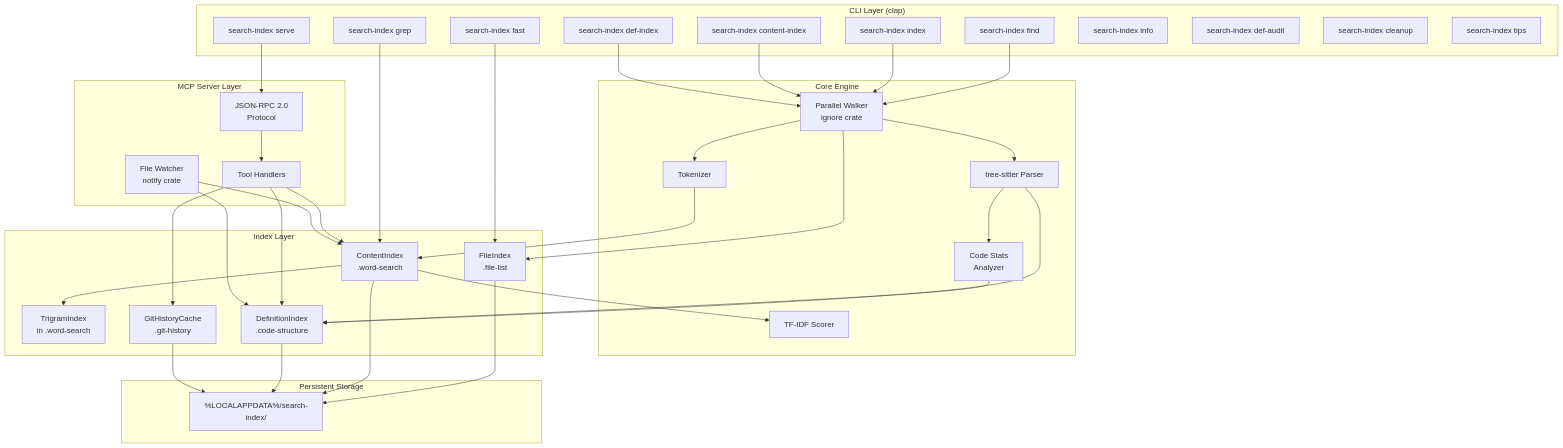
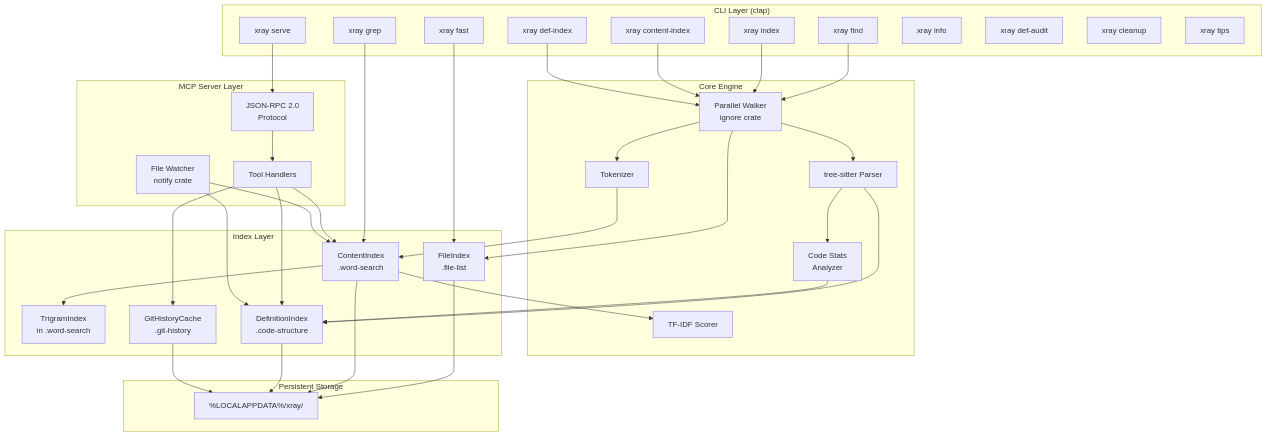
One commit to pustynsky/xray changed the first of 9 diagrams in docs/architecture.md. Above: the diagram before and after it, drawn with Mermaid. The commit also changed other lines of this file and 67 other files, not shown here.

Commit message:
rename MCP tools: search_* → xray_*

````diff
--- a/docs/architecture.md
+++ b/docs/architecture.md
@@ -7,60 +7,60 @@
 ```mermaid
 graph TB
     subgraph CLI["CLI Layer (clap)"]
-        FIND[search-index find]
-        INDEX[search-index index]
-        FAST[search-index fast]
-        CIDX[search-index content-index]
-        GREP[search-index grep]
-        DIDX[search-index def-index]
-        SERVE[search-index serve]
-        INFO[search-index info]
-        DAUD[search-index def-audit]
-        CLEAN[search-index cleanup]
-        TIPS[search-index tips]
+        FIND[xray find]
+        INDEX[xray index]
+        FAST[xray fast]
+        CIDX[xray content-index]
+        GREP[xray grep]
+        DIDX[xray def-index]
+        SERVE[xray serve]
+        INFO[xray info]
+        DAUD[xray def-audit]
+        CLEAN[xray cleanup]
+        TIPS[xray tips]
     end
 
     subgraph Core["Core Engine"]
         WALK[Parallel Walker<br/>ignore crate]
         TOK[Tokenizer]
         TFIDF[TF-IDF Scorer]
         TSP[tree-sitter Parser]
         CSTATS[Code Stats<br/>Analyzer]
     end
 
     subgraph Indexes["Index Layer"]
         FI[FileIndex<br/>.file-list]
         CI[ContentIndex<br/>.word-search]
         TRI[TrigramIndex<br/>in .word-search]
         DI[DefinitionIndex<br/>.code-structure]
         GC[GitHistoryCache<br/>.git-history]
     end
 
     subgraph MCP["MCP Server Layer"]
         PROTO[JSON-RPC 2.0<br/>Protocol]
         HAND[Tool Handlers]
         WATCH[File Watcher<br/>notify crate]
     end
 
     subgraph Storage["Persistent Storage"]
-        DISK["%LOCALAPPDATA%/search-index/"]
+        DISK["%LOCALAPPDATA%/xray/"]
     end
 
     FIND --> WALK
     INDEX --> WALK --> FI
     CIDX --> WALK --> TOK --> CI --> TRI
     DIDX --> WALK --> TSP --> DI
     TSP --> CSTATS --> DI
     FAST --> FI
     GREP --> CI --> TFIDF
     SERVE --> PROTO --> HAND
     HAND --> CI
     HAND --> DI
     HAND --> GC
     WATCH --> CI
     WATCH --> DI
     FI --> DISK
     CI --> DISK
     DI --> DISK
     GC --> DISK
 ```
````
